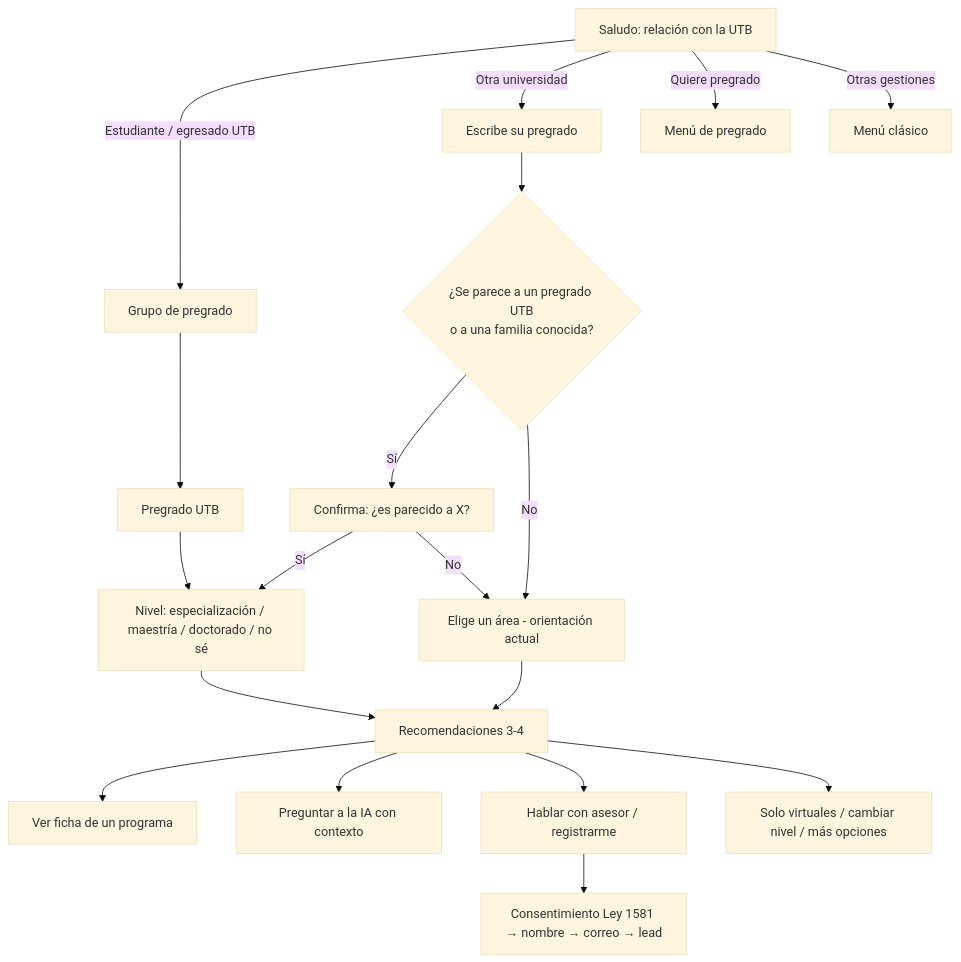
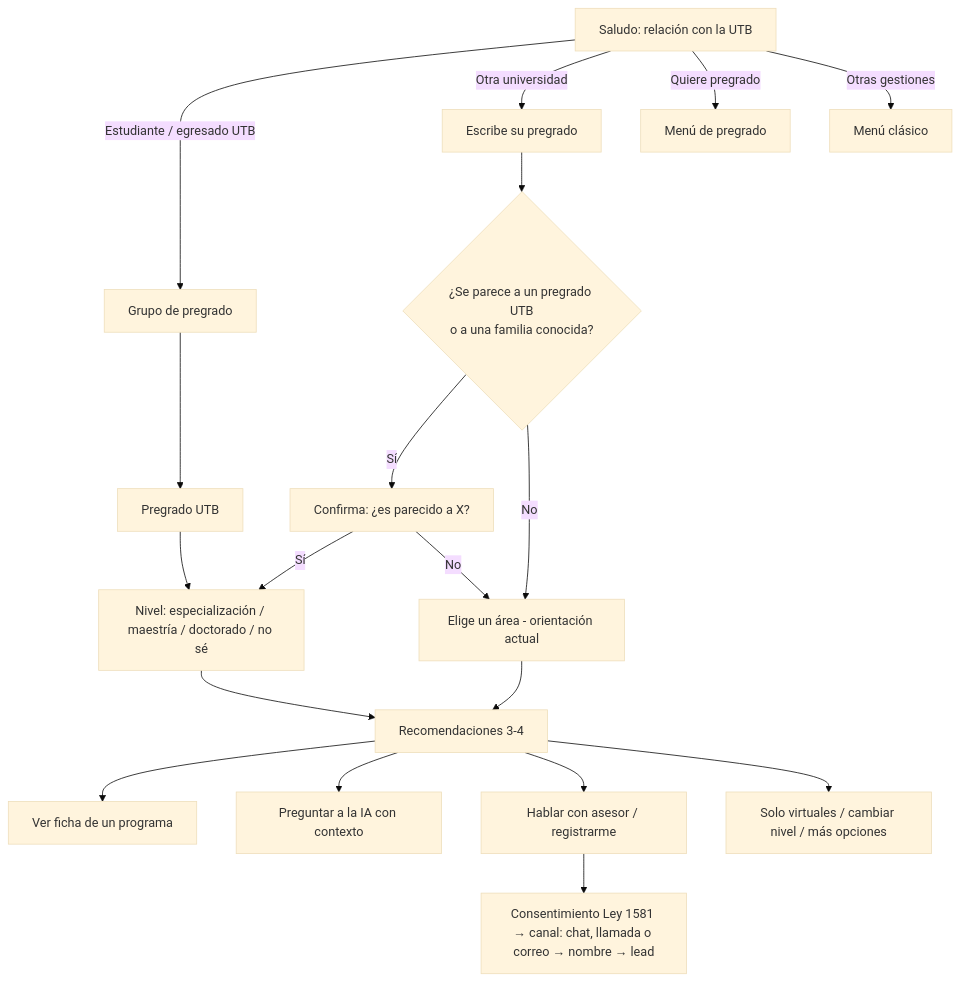
One commit to ISCOUTB/Tooli-Chatbot changed the diagram in docs/flujo-recomendacion-posgrados.md. Above: the diagram before and after it, drawn with Mermaid (base theme). The commit also changed other lines of this file, not shown here.

````diff
--- a/docs/flujo-recomendacion-posgrados.md
+++ b/docs/flujo-recomendacion-posgrados.md
@@ -50,21 +50,21 @@
 ```mermaid
 flowchart TD
   A[Saludo: relación con la UTB] -->|Estudiante / egresado UTB| B[Grupo de pregrado]
   A -->|Otra universidad| C[Escribe su pregrado]
   A -->|Quiere pregrado| P[Menú de pregrado]
   A -->|Otras gestiones| M[Menú clásico]
   B --> D[Pregrado UTB]
   C --> E{¿Se parece a un pregrado UTB<br/>o a una familia conocida?}
   E -->|Sí| F[Confirma: ¿es parecido a X?]
   E -->|No| G[Elige un área - orientación actual]
   F -->|Sí| H[Nivel: especialización / maestría / doctorado / no sé]
   F -->|No| G
   D --> H
   H --> R[Recomendaciones 3-4]
   G --> R
   R --> X[Ver ficha de un programa]
   R --> I[Preguntar a la IA con contexto]
   R --> K[Hablar con asesor / registrarme]
   R --> V[Solo virtuales / cambiar nivel / más opciones]
-  K --> L[Consentimiento Ley 1581 → nombre → correo → lead]
+  K --> L[Consentimiento Ley 1581 → canal: chat, llamada o correo → nombre → lead]
 ```
````
